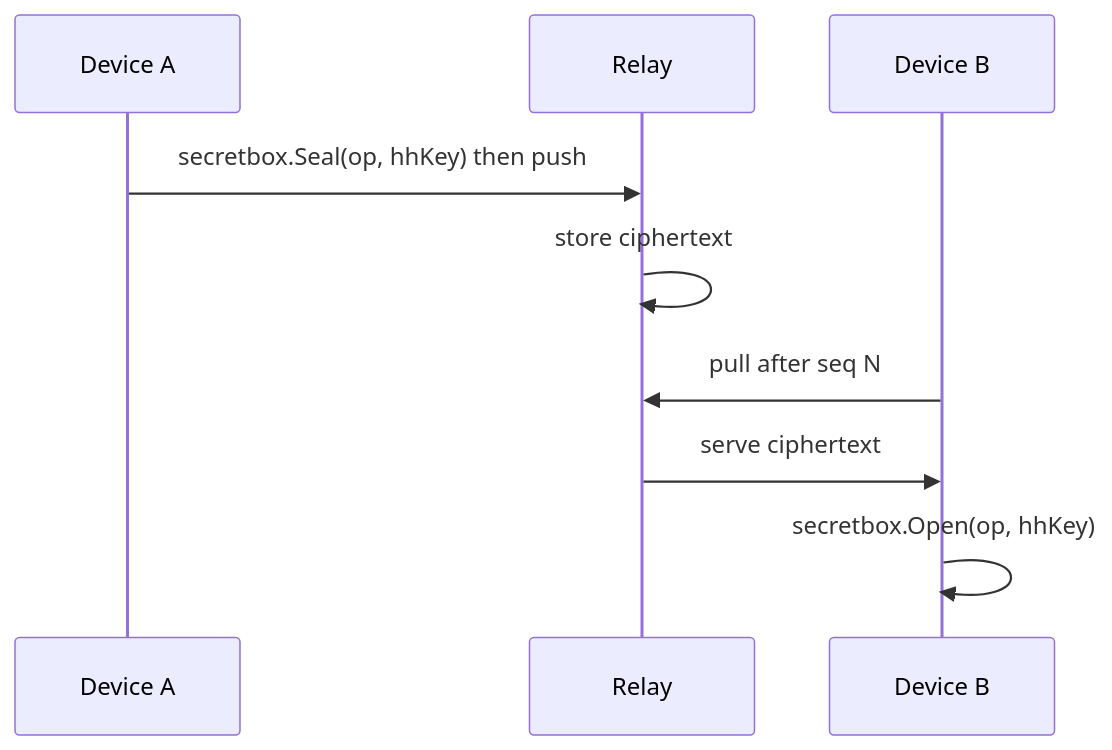
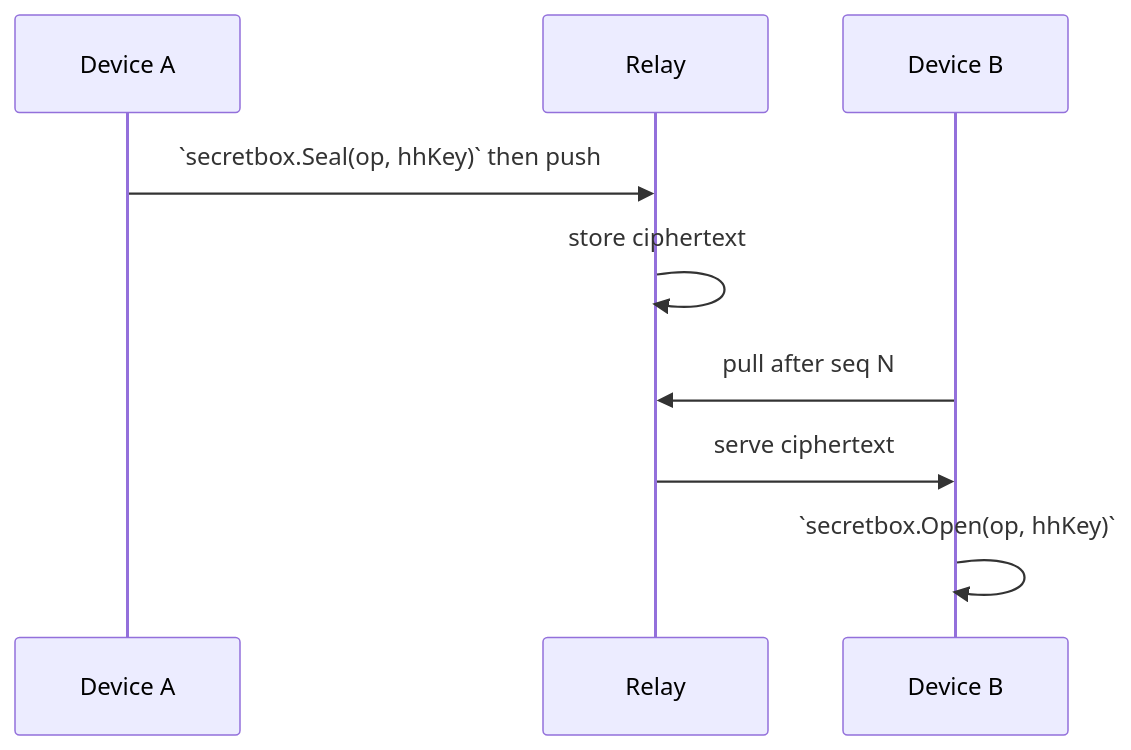
Before and after one commit to micasa-dev/micasa: the first of 3 diagrams in docs/content/docs/development/relay-architecture.md, drawn with Mermaid. The commit also changed other lines of this file and 2 other files, not shown here.

First line of the commit message:
docs(website): theme Mermaid diagrams and add inline code formatting (#875)

````diff
--- a/docs/content/docs/development/relay-architecture.md
+++ b/docs/content/docs/development/relay-architecture.md
@@ -47,11 +47,11 @@
 ```mermaid
 sequenceDiagram
     participant A as Device A
     participant R as Relay
     participant B as Device B
-    A->>R: secretbox.Seal(op, hhKey) then push
+    A->>R: `secretbox.Seal(op, hhKey)` then push
     R->>R: store ciphertext
     B->>R: pull after seq N
     R->>B: serve ciphertext
-    B->>B: secretbox.Open(op, hhKey)
+    B->>B: `secretbox.Open(op, hhKey)`
 ```
````
